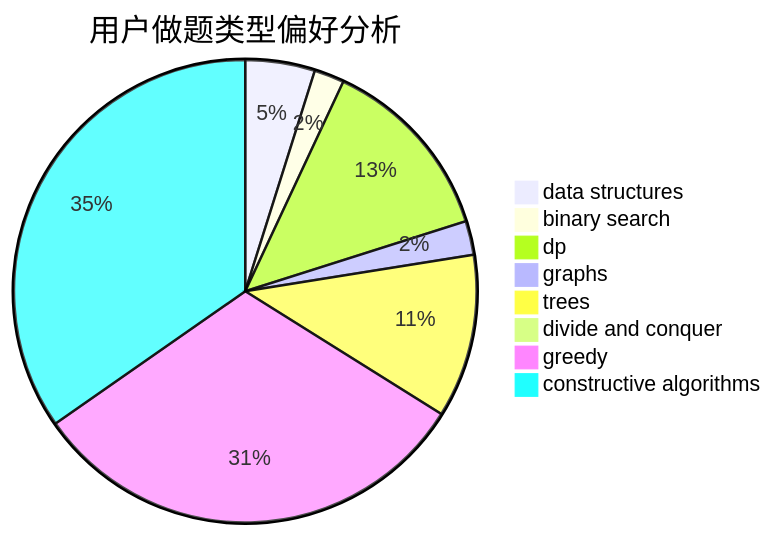
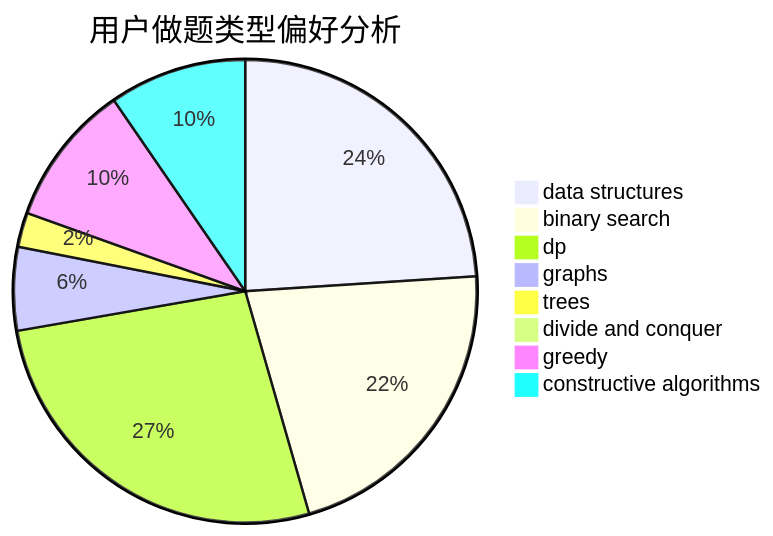
The second of 3 diagrams in docs/user/u1823.md (sherpahu/cfrs.github.io), drawn with Mermaid before and after one commit. The commit also changed other lines of this file and 2770 other files, not shown here.

````diff
--- a/docs/user/u1823.md
+++ b/docs/user/u1823.md
@@ -23,11 +23,11 @@
 ```mermaid
 pie title 用户做题类型偏好分析
-    "data structures" :  37
-    "binary search" :  16
-    "dp" :  100
-    "graphs" :  18
-    "trees" :  87
+    "data structures" :  140
+    "binary search" :  126
+    "dp" :  156
+    "graphs" :  34
+    "trees" :  14
     "divide and conquer" :  0
-    "greedy" :  239
-    "constructive algorithms" :  264
+    "greedy" :  58
+    "constructive algorithms" :  56
 ```
````
